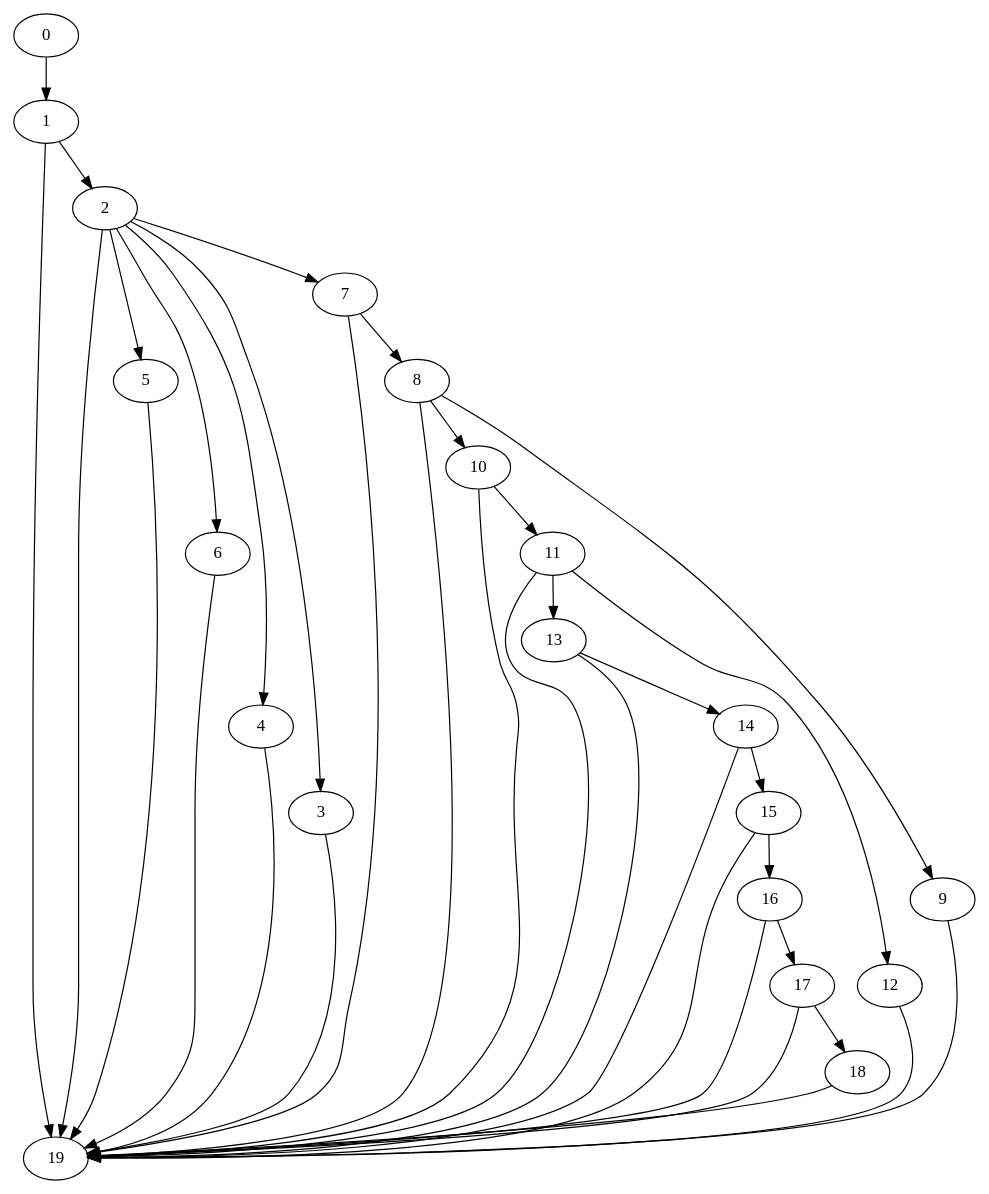
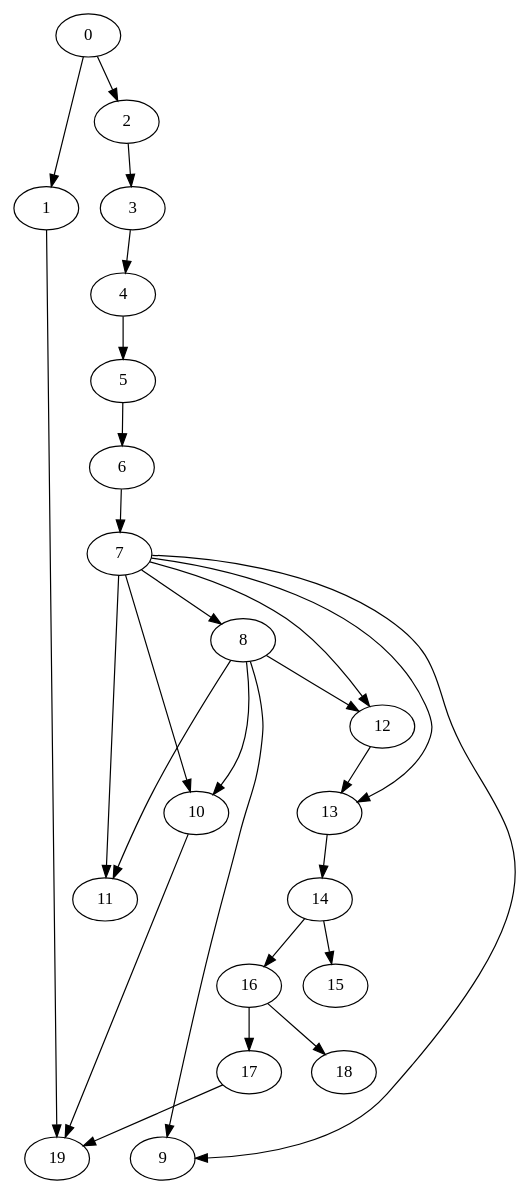
One commit to hfscheid/ktopology changed the diagram in simulator/nwsim/draw.dot. Above: the diagram before and after it, drawn with Graphviz. The commit also changed 22 other files, not shown here.

```diff
--- a/simulator/nwsim/draw.dot
+++ b/simulator/nwsim/draw.dot
@@ -1,116 +1,96 @@
 strict digraph {
 
 
-	"19" [  weight=0 ];
+	"16" [  weight=0 ];
 
-	"5" [  weight=0 ];
+	"16" -> "18" [  weight=0 ];
 
-	"5" -> "19" [  weight=0 ];
+	"16" -> "17" [  weight=0 ];
 
-	"6" [  weight=0 ];
+	"8" [  weight=0 ];
 
-	"6" -> "19" [  weight=0 ];
+	"8" -> "10" [  weight=0 ];
 
-	"4" [  weight=0 ];
+	"8" -> "11" [  weight=0 ];
 
-	"4" -> "19" [  weight=0 ];
+	"8" -> "12" [  weight=0 ];
+
+	"8" -> "9" [  weight=0 ];
+
+	"18" [  weight=0 ];
 
 	"14" [  weight=0 ];
 
 	"14" -> "15" [  weight=0 ];
 
-	"14" -> "19" [  weight=0 ];
+	"14" -> "16" [  weight=0 ];
 
-	"3" [  weight=0 ];
+	"7" [  weight=0 ];
 
-	"3" -> "19" [  weight=0 ];
+	"7" -> "13" [  weight=0 ];
 
-	"16" [  weight=0 ];
+	"7" -> "8" [  weight=0 ];
 
-	"16" -> "17" [  weight=0 ];
+	"7" -> "9" [  weight=0 ];
 
-	"16" -> "19" [  weight=0 ];
+	"7" -> "10" [  weight=0 ];
+
+	"7" -> "11" [  weight=0 ];
+
+	"7" -> "12" [  weight=0 ];
+
+	"9" [  weight=0 ];
+
+	"1" [  weight=0 ];
+
+	"1" -> "19" [  weight=0 ];
 
 	"17" [  weight=0 ];
 
 	"17" -> "19" [  weight=0 ];
 
-	"17" -> "18" [  weight=0 ];
-
 	"11" [  weight=0 ];
 
-	"11" -> "13" [  weight=0 ];
+	"4" [  weight=0 ];
 
-	"11" -> "19" [  weight=0 ];
+	"4" -> "5" [  weight=0 ];
 
-	"11" -> "12" [  weight=0 ];
+	"6" [  weight=0 ];
+
+	"6" -> "7" [  weight=0 ];
+
+	"10" [  weight=0 ];
+
+	"10" -> "19" [  weight=0 ];
 
 	"13" [  weight=0 ];
 
-	"13" -> "19" [  weight=0 ];
-
 	"13" -> "14" [  weight=0 ];
 
-	"10" [  weight=0 ];
+	"3" [  weight=0 ];
 
-	"10" -> "11" [  weight=0 ];
+	"3" -> "4" [  weight=0 ];
 
-	"10" -> "19" [  weight=0 ];
+	"5" [  weight=0 ];
+
+	"5" -> "6" [  weight=0 ];
+
+	"15" [  weight=0 ];
+
+	"12" [  weight=0 ];
+
+	"12" -> "13" [  weight=0 ];
 
 	"2" [  weight=0 ];
 
-	"2" -> "5" [  weight=0 ];
-
-	"2" -> "6" [  weight=0 ];
-
-	"2" -> "7" [  weight=0 ];
-
-	"2" -> "19" [  weight=0 ];
-
 	"2" -> "3" [  weight=0 ];
 
-	"2" -> "4" [  weight=0 ];
-
-	"18" [  weight=0 ];
-
-	"18" -> "19" [  weight=0 ];
+	"19" [  weight=0 ];
 
 	"0" [  weight=0 ];
 
 	"0" -> "1" [  weight=0 ];
 
-	"1" [  weight=0 ];
-
-	"1" -> "19" [  weight=0 ];
-
-	"1" -> "2" [  weight=0 ];
-
-	"9" [  weight=0 ];
-
-	"9" -> "19" [  weight=0 ];
-
-	"12" [  weight=0 ];
-
-	"12" -> "19" [  weight=0 ];
-
-	"15" [  weight=0 ];
-
-	"15" -> "19" [  weight=0 ];
-
-	"15" -> "16" [  weight=0 ];
-
-	"8" [  weight=0 ];
-
-	"8" -> "9" [  weight=0 ];
-
-	"8" -> "10" [  weight=0 ];
-
-	"8" -> "19" [  weight=0 ];
-
-	"7" [  weight=0 ];
-
-	"7" -> "8" [  weight=0 ];
-
-	"7" -> "19" [  weight=0 ];
+	"0" -> "2" [  weight=0 ];
 
 }
```
